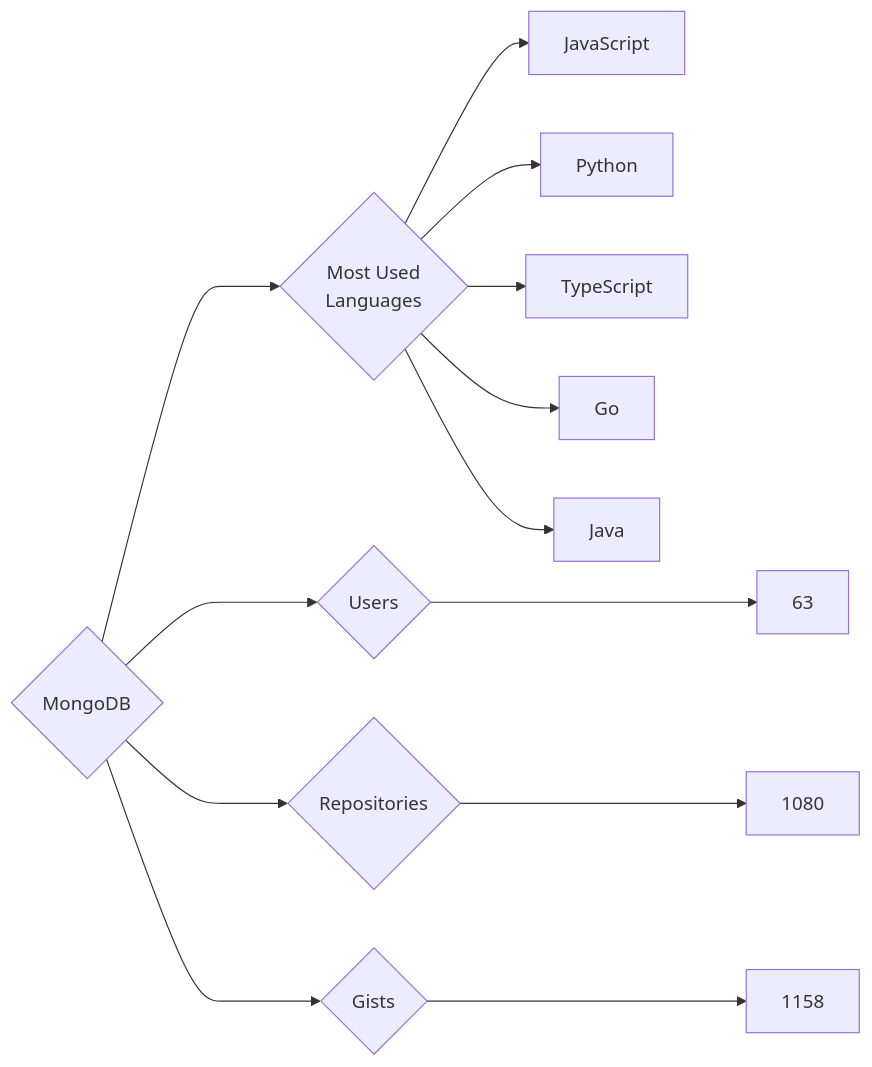
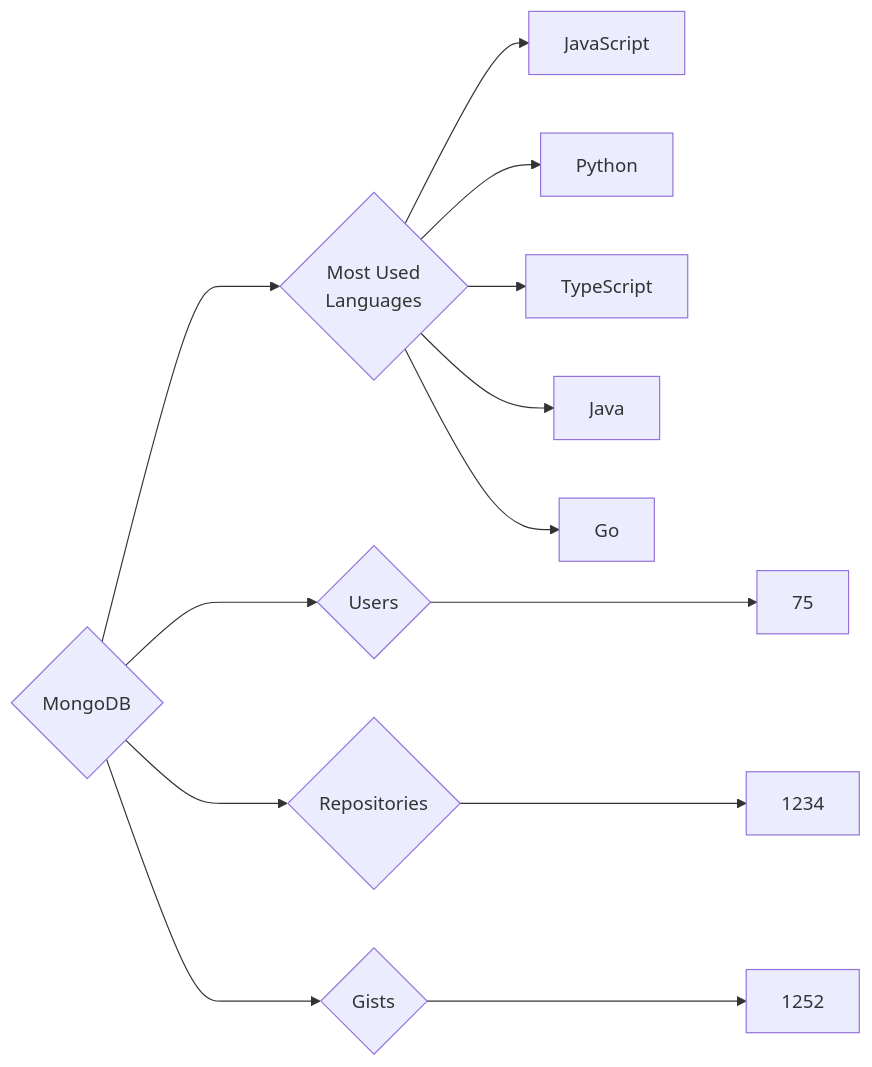
The diagram in targets/MongoDB/README.md (trickest/insiders), drawn with Mermaid before and after one commit. The commit also changed 972 other files, not shown here.

````diff
--- a/targets/MongoDB/README.md
+++ b/targets/MongoDB/README.md
@@ -3,13 +3,13 @@
 ```mermaid
 graph LR
 COMPANY_NAME{MongoDB}
-COMPANY_NAME ---> U{Users} ---> UN[63]
-COMPANY_NAME ---> R{Repositories} ---> RN[1080]
-COMPANY_NAME ---> G{Gists} ---> GN[1158]
+COMPANY_NAME ---> U{Users} ---> UN[75]
+COMPANY_NAME ---> R{Repositories} ---> RN[1234]
+COMPANY_NAME ---> G{Gists} ---> GN[1252]
 COMPANY_NAME ---> ML{Most Used<br>Languages}
 ML --> JavaScript[JavaScript]
 ML --> Python[Python]
 ML --> TypeScript[TypeScript]
+ML --> Java[Java]
 ML --> Go[Go]
-ML --> Java[Java]
 ```
````
